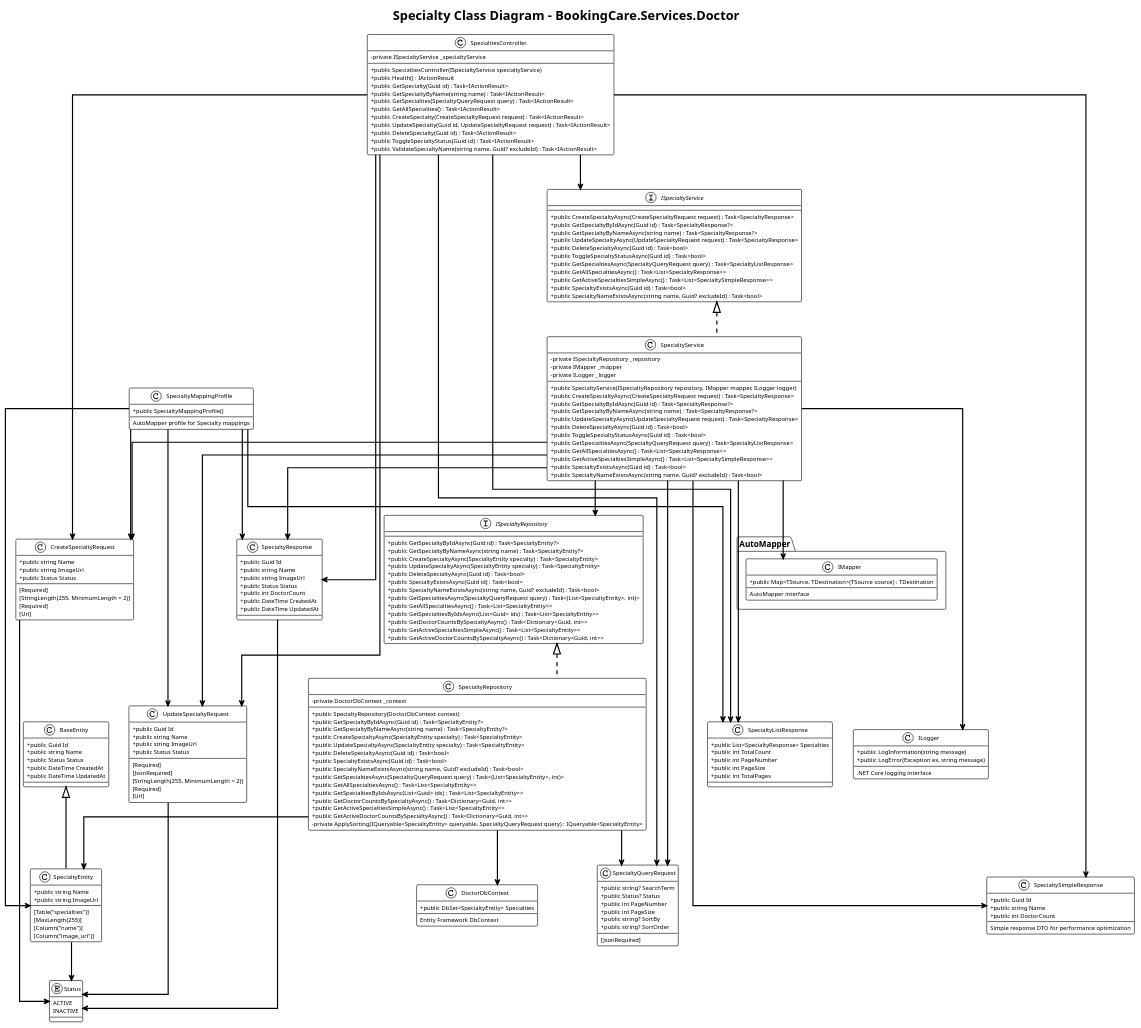
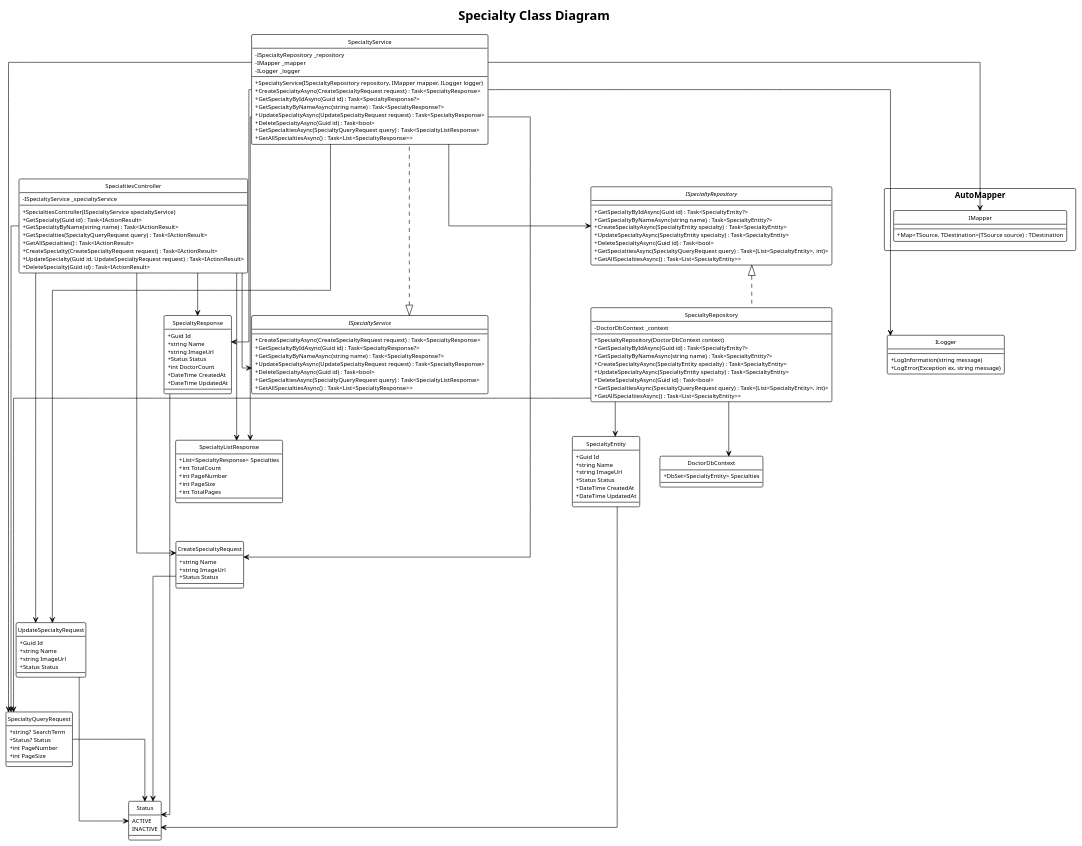
One commit to Capstone-FA25-MABS/BookingCareSystemBackend changed the diagram in src/Services/BookingCare.Services.Doctor/class_diagram/specialty_class_diagram.puml. Above: the diagram before and after it, drawn with PlantUML. The commit also changed 32 other files, not shown here.

Commit message:
[FIX] update code sequence diagram and class diagram

```diff
--- a/src/Services/BookingCare.Services.Doctor/class_diagram/specialty_class_diagram.puml
+++ b/src/Services/BookingCare.Services.Doctor/class_diagram/specialty_class_diagram.puml
@@ -1,21 +1,24 @@
 @startuml
 !theme plain
-title Specialty Class Diagram - BookingCare.Services.Doctor
+title Specialty Class Diagram
+hide circle
 
 ' ===== SKIN PARAMETERS =====
 skinparam class {
     BackgroundColor White
     BorderColor Black
     ArrowColor Black
-    ArrowThickness 2
+    ArrowThickness 1
+    FontSize 10
 }
 
 skinparam arrow {
-    Thickness 2
+    Thickness 1
     Color Black
 }
 
 skinparam linetype ortho
+skinparam packageStyle rectangle
 
 ' ===== VISIBILITY MODIFIERS =====
 skinparam classAttribute {
@@ -28,203 +31,134 @@
     FontSize 10
 }
 
-' ===== ENTITIES =====
-class BaseEntity {
-    + public Guid Id
-    + public string Name
-    + public Status Status
-    + public DateTime CreatedAt
-    + public DateTime UpdatedAt
-}
-
+' ===== CORE ENTITIES =====
 class SpecialtyEntity {
-    + public string Name
-    + public string ImageUrl
-    --
-    [Table("specialties")]
-    [MaxLength(255)]
-    [Column("name")]
-    [Column("image_url")]
+    + Guid Id
+    + string Name
+    + string ImageUrl
+    + Status Status
+    + DateTime CreatedAt
+    + DateTime UpdatedAt
 }
 
 ' ===== REQUEST DTOs =====
 class CreateSpecialtyRequest {
-    + public string Name
-    + public string ImageUrl
-    + public Status Status
-    --
-    [Required]
-    [StringLength(255, MinimumLength = 2)]
-    [Required]
-    [Url]
+    + string Name
+    + string ImageUrl
+    + Status Status
 }
 
 class UpdateSpecialtyRequest {
-    + public Guid Id
-    + public string Name
-    + public string ImageUrl
-    + public Status Status
-    --
-    [Required]
-    [JsonRequired]
-    [StringLength(255, MinimumLength = 2)]
-    [Required]
-    [Url]
+    + Guid Id
+    + string Name
+    + string ImageUrl
+    + Status Status
 }
 
 class SpecialtyQueryRequest {
-    + public string? SearchTerm
-    + public Status? Status
-    + public int PageNumber
-    + public int PageSize
-    + public string? SortBy
-    + public string? SortOrder
-    --
-    [JsonRequired]
+    + string? SearchTerm
+    + Status? Status
+    + int PageNumber
+    + int PageSize
 }
 
 ' ===== RESPONSE DTOs =====
 class SpecialtyResponse {
-    + public Guid Id
-    + public string Name
-    + public string ImageUrl
-    + public Status Status
-    + public int DoctorCount
-    + public DateTime CreatedAt
-    + public DateTime UpdatedAt
+    + Guid Id
+    + string Name
+    + string ImageUrl
+    + Status Status
+    + int DoctorCount
+    + DateTime CreatedAt
+    + DateTime UpdatedAt
 }
 
 class SpecialtyListResponse {
-    + public List<SpecialtyResponse> Specialties
-    + public int TotalCount
-    + public int PageNumber
-    + public int PageSize
-    + public int TotalPages
-}
-
-class SpecialtySimpleResponse {
-    + public Guid Id
-    + public string Name
-    + public int DoctorCount
-    --
-    Simple response DTO for performance optimization
+    + List<SpecialtyResponse> Specialties
+    + int TotalCount
+    + int PageNumber
+    + int PageSize
+    + int TotalPages
 }
 
 ' ===== REPOSITORY INTERFACE =====
 interface ISpecialtyRepository {
-    + public GetSpecialtyByIdAsync(Guid id) : Task<SpecialtyEntity?>
-    + public GetSpecialtyByNameAsync(string name) : Task<SpecialtyEntity?>
-    + public CreateSpecialtyAsync(SpecialtyEntity specialty) : Task<SpecialtyEntity>
-    + public UpdateSpecialtyAsync(SpecialtyEntity specialty) : Task<SpecialtyEntity>
-    + public DeleteSpecialtyAsync(Guid id) : Task<bool>
-    + public SpecialtyExistsAsync(Guid id) : Task<bool>
-    + public SpecialtyNameExistsAsync(string name, Guid? excludeId) : Task<bool>
-    + public GetSpecialtiesAsync(SpecialtyQueryRequest query) : Task<(List<SpecialtyEntity>, int)>
-    + public GetAllSpecialtiesAsync() : Task<List<SpecialtyEntity>>
-    + public GetSpecialtiesByIdsAsync(List<Guid> ids) : Task<List<SpecialtyEntity>>
-    + public GetDoctorCountsBySpecialtyAsync() : Task<Dictionary<Guid, int>>
-    + public GetActiveSpecialtiesSimpleAsync() : Task<List<SpecialtyEntity>>
-    + public GetActiveDoctorCountsBySpecialtyAsync() : Task<Dictionary<Guid, int>>
+    + GetSpecialtyByIdAsync(Guid id) : Task<SpecialtyEntity?>
+    + GetSpecialtyByNameAsync(string name) : Task<SpecialtyEntity?>
+    + CreateSpecialtyAsync(SpecialtyEntity specialty) : Task<SpecialtyEntity>
+    + UpdateSpecialtyAsync(SpecialtyEntity specialty) : Task<SpecialtyEntity>
+    + DeleteSpecialtyAsync(Guid id) : Task<bool>
+    + GetSpecialtiesAsync(SpecialtyQueryRequest query) : Task<(List<SpecialtyEntity>, int)>
+    + GetAllSpecialtiesAsync() : Task<List<SpecialtyEntity>>
 }
 
 ' ===== REPOSITORY IMPLEMENTATION =====
 class SpecialtyRepository {
-    - private DoctorDbContext _context
+    - DoctorDbContext _context
     --
-    + public SpecialtyRepository(DoctorDbContext context)
-    + public GetSpecialtyByIdAsync(Guid id) : Task<SpecialtyEntity?>
-    + public GetSpecialtyByNameAsync(string name) : Task<SpecialtyEntity?>
-    + public CreateSpecialtyAsync(SpecialtyEntity specialty) : Task<SpecialtyEntity>
-    + public UpdateSpecialtyAsync(SpecialtyEntity specialty) : Task<SpecialtyEntity>
-    + public DeleteSpecialtyAsync(Guid id) : Task<bool>
-    + public SpecialtyExistsAsync(Guid id) : Task<bool>
-    + public SpecialtyNameExistsAsync(string name, Guid? excludeId) : Task<bool>
-    + public GetSpecialtiesAsync(SpecialtyQueryRequest query) : Task<(List<SpecialtyEntity>, int)>
-    + public GetAllSpecialtiesAsync() : Task<List<SpecialtyEntity>>
-    + public GetSpecialtiesByIdsAsync(List<Guid> ids) : Task<List<SpecialtyEntity>>
-    + public GetDoctorCountsBySpecialtyAsync() : Task<Dictionary<Guid, int>>
-    + public GetActiveSpecialtiesSimpleAsync() : Task<List<SpecialtyEntity>>
-    + public GetActiveDoctorCountsBySpecialtyAsync() : Task<Dictionary<Guid, int>>
-    - private ApplySorting(IQueryable<SpecialtyEntity> queryable, SpecialtyQueryRequest query) : IQueryable<SpecialtyEntity>
+    + SpecialtyRepository(DoctorDbContext context)
+    + GetSpecialtyByIdAsync(Guid id) : Task<SpecialtyEntity?>
+    + GetSpecialtyByNameAsync(string name) : Task<SpecialtyEntity?>
+    + CreateSpecialtyAsync(SpecialtyEntity specialty) : Task<SpecialtyEntity>
+    + UpdateSpecialtyAsync(SpecialtyEntity specialty) : Task<SpecialtyEntity>
+    + DeleteSpecialtyAsync(Guid id) : Task<bool>
+    + GetSpecialtiesAsync(SpecialtyQueryRequest query) : Task<(List<SpecialtyEntity>, int)>
+    + GetAllSpecialtiesAsync() : Task<List<SpecialtyEntity>>
 }
 
 ' ===== SERVICE INTERFACE =====
 interface ISpecialtyService {
-    + public CreateSpecialtyAsync(CreateSpecialtyRequest request) : Task<SpecialtyResponse>
-    + public GetSpecialtyByIdAsync(Guid id) : Task<SpecialtyResponse?>
-    + public GetSpecialtyByNameAsync(string name) : Task<SpecialtyResponse?>
-    + public UpdateSpecialtyAsync(UpdateSpecialtyRequest request) : Task<SpecialtyResponse>
-    + public DeleteSpecialtyAsync(Guid id) : Task<bool>
-    + public ToggleSpecialtyStatusAsync(Guid id) : Task<bool>
-    + public GetSpecialtiesAsync(SpecialtyQueryRequest query) : Task<SpecialtyListResponse>
-    + public GetAllSpecialtiesAsync() : Task<List<SpecialtyResponse>>
-    + public GetActiveSpecialtiesSimpleAsync() : Task<List<SpecialtySimpleResponse>>
-    + public SpecialtyExistsAsync(Guid id) : Task<bool>
-    + public SpecialtyNameExistsAsync(string name, Guid? excludeId) : Task<bool>
+    + CreateSpecialtyAsync(CreateSpecialtyRequest request) : Task<SpecialtyResponse>
+    + GetSpecialtyByIdAsync(Guid id) : Task<SpecialtyResponse?>
+    + GetSpecialtyByNameAsync(string name) : Task<SpecialtyResponse?>
+    + UpdateSpecialtyAsync(UpdateSpecialtyRequest request) : Task<SpecialtyResponse>
+    + DeleteSpecialtyAsync(Guid id) : Task<bool>
+    + GetSpecialtiesAsync(SpecialtyQueryRequest query) : Task<SpecialtyListResponse>
+    + GetAllSpecialtiesAsync() : Task<List<SpecialtyResponse>>
 }
 
 ' ===== SERVICE IMPLEMENTATION =====
 class SpecialtyService {
-    - private ISpecialtyRepository _repository
-    - private IMapper _mapper
-    - private ILogger _logger
+    - ISpecialtyRepository _repository
+    - IMapper _mapper
+    - ILogger _logger
     --
-    + public SpecialtyService(ISpecialtyRepository repository, IMapper mapper, ILogger logger)
-    + public CreateSpecialtyAsync(CreateSpecialtyRequest request) : Task<SpecialtyResponse>
-    + public GetSpecialtyByIdAsync(Guid id) : Task<SpecialtyResponse?>
-    + public GetSpecialtyByNameAsync(string name) : Task<SpecialtyResponse?>
-    + public UpdateSpecialtyAsync(UpdateSpecialtyRequest request) : Task<SpecialtyResponse>
-    + public DeleteSpecialtyAsync(Guid id) : Task<bool>
-    + public ToggleSpecialtyStatusAsync(Guid id) : Task<bool>
-    + public GetSpecialtiesAsync(SpecialtyQueryRequest query) : Task<SpecialtyListResponse>
-    + public GetAllSpecialtiesAsync() : Task<List<SpecialtyResponse>>
-    + public GetActiveSpecialtiesSimpleAsync() : Task<List<SpecialtySimpleResponse>>
-    + public SpecialtyExistsAsync(Guid id) : Task<bool>
-    + public SpecialtyNameExistsAsync(string name, Guid? excludeId) : Task<bool>
+    + SpecialtyService(ISpecialtyRepository repository, IMapper mapper, ILogger logger)
+    + CreateSpecialtyAsync(CreateSpecialtyRequest request) : Task<SpecialtyResponse>
+    + GetSpecialtyByIdAsync(Guid id) : Task<SpecialtyResponse?>
+    + GetSpecialtyByNameAsync(string name) : Task<SpecialtyResponse?>
+    + UpdateSpecialtyAsync(UpdateSpecialtyRequest request) : Task<SpecialtyResponse>
+    + DeleteSpecialtyAsync(Guid id) : Task<bool>
+    + GetSpecialtiesAsync(SpecialtyQueryRequest query) : Task<SpecialtyListResponse>
+    + GetAllSpecialtiesAsync() : Task<List<SpecialtyResponse>>
 }
 
 ' ===== CONTROLLER =====
 class SpecialtiesController {
-    - private ISpecialtyService _specialtyService
+    - ISpecialtyService _specialtyService
     --
-    + public SpecialtiesController(ISpecialtyService specialtyService)
-    + public Health() : IActionResult
-    + public GetSpecialty(Guid id) : Task<IActionResult>
-    + public GetSpecialtyByName(string name) : Task<IActionResult>
-    + public GetSpecialties(SpecialtyQueryRequest query) : Task<IActionResult>
-    + public GetAllSpecialties() : Task<IActionResult>
-    + public CreateSpecialty(CreateSpecialtyRequest request) : Task<IActionResult>
-    + public UpdateSpecialty(Guid id, UpdateSpecialtyRequest request) : Task<IActionResult>
-    + public DeleteSpecialty(Guid id) : Task<IActionResult>
-    + public ToggleSpecialtyStatus(Guid id) : Task<IActionResult>
-    + public ValidateSpecialtyName(string name, Guid? excludeId) : Task<IActionResult>
-}
-
-' ===== MAPPING PROFILE =====
-class SpecialtyMappingProfile {
-    + public SpecialtyMappingProfile()
-    --
-    AutoMapper profile for Specialty mappings
+    + SpecialtiesController(ISpecialtyService specialtyService)
+    + GetSpecialty(Guid id) : Task<IActionResult>
+    + GetSpecialtyByName(string name) : Task<IActionResult>
+    + GetSpecialties(SpecialtyQueryRequest query) : Task<IActionResult>
+    + GetAllSpecialties() : Task<IActionResult>
+    + CreateSpecialty(CreateSpecialtyRequest request) : Task<IActionResult>
+    + UpdateSpecialty(Guid id, UpdateSpecialtyRequest request) : Task<IActionResult>
+    + DeleteSpecialty(Guid id) : Task<IActionResult>
 }
 
 ' ===== EXTERNAL DEPENDENCIES =====
 class DoctorDbContext {
-    + public DbSet<SpecialtyEntity> Specialties
-    --
-    Entity Framework DbContext
+    + DbSet<SpecialtyEntity> Specialties
 }
 
 class AutoMapper.IMapper {
-    + public Map<TSource, TDestination>(TSource source) : TDestination
-    --
-    AutoMapper interface
+    + Map<TSource, TDestination>(TSource source) : TDestination
 }
 
 class ILogger {
-    + public LogInformation(string message)
-    + public LogError(Exception ex, string message)
-    --
-    .NET Core logging interface
+    + LogInformation(string message)
+    + LogError(Exception ex, string message)
 }
 
 ' ===== ENUMS =====
@@ -234,32 +168,21 @@
 }
 
 ' ===== LAYOUT POSITIONING =====
-' Entities
-BaseEntity -[hidden]- SpecialtyEntity
-SpecialtyEntity -[hidden]- Status
-
-' Request DTOs
+SpecialtyEntity -[hidden]- CreateSpecialtyRequest
 CreateSpecialtyRequest -[hidden]- UpdateSpecialtyRequest
 UpdateSpecialtyRequest -[hidden]- SpecialtyQueryRequest
 
-' Response DTOs
 SpecialtyResponse -[hidden]- SpecialtyListResponse
-SpecialtyListResponse -[hidden]- SpecialtySimpleResponse
 
-' Repository Layer
 ISpecialtyRepository -[hidden]- SpecialtyRepository
 SpecialtyRepository -[hidden]- DoctorDbContext
 
-' Service Layer
 ISpecialtyService -[hidden]- SpecialtyService
-SpecialtyService -[hidden]- IMapper
+SpecialtyService -[hidden]- SpecialtiesController
+
 IMapper -[hidden]- ILogger
 
-' Controller
-SpecialtiesController -[hidden]- SpecialtyMappingProfile
-
 ' ===== RELATIONSHIPS =====
-BaseEntity <|-- SpecialtyEntity
 ISpecialtyRepository <|.. SpecialtyRepository
 ISpecialtyService <|.. SpecialtyService
 
@@ -275,7 +198,6 @@
 SpecialtyService --> SpecialtyQueryRequest
 SpecialtyService --> SpecialtyResponse
 SpecialtyService --> SpecialtyListResponse
-SpecialtyService --> SpecialtySimpleResponse
 
 SpecialtiesController --> ISpecialtyService
 SpecialtiesController --> CreateSpecialtyRequest
@@ -283,17 +205,11 @@
 SpecialtiesController --> SpecialtyQueryRequest
 SpecialtiesController --> SpecialtyResponse
 SpecialtiesController --> SpecialtyListResponse
-SpecialtiesController --> SpecialtySimpleResponse
-
-SpecialtyMappingProfile --> SpecialtyEntity
-SpecialtyMappingProfile --> CreateSpecialtyRequest
-SpecialtyMappingProfile --> UpdateSpecialtyRequest
-SpecialtyMappingProfile --> SpecialtyResponse
-SpecialtyMappingProfile --> SpecialtyListResponse
 
 SpecialtyEntity --> Status
 CreateSpecialtyRequest --> Status
 UpdateSpecialtyRequest --> Status
+SpecialtyQueryRequest --> Status
 SpecialtyResponse --> Status
 
 @enduml
```
